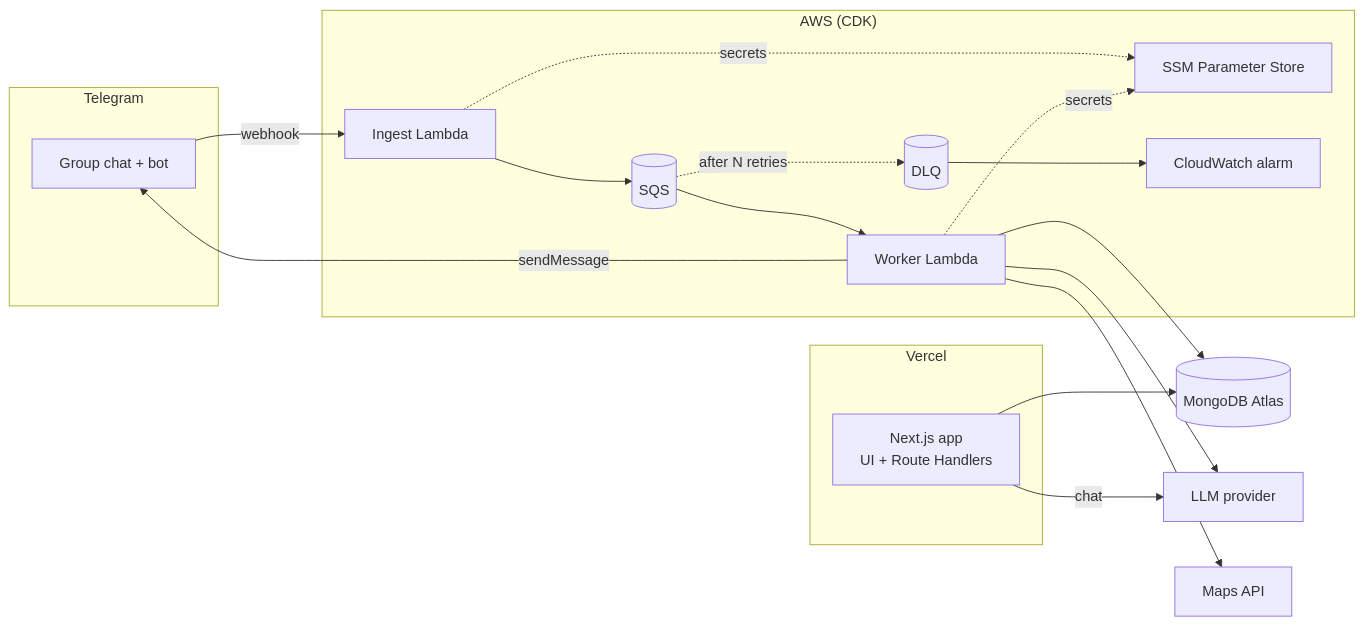
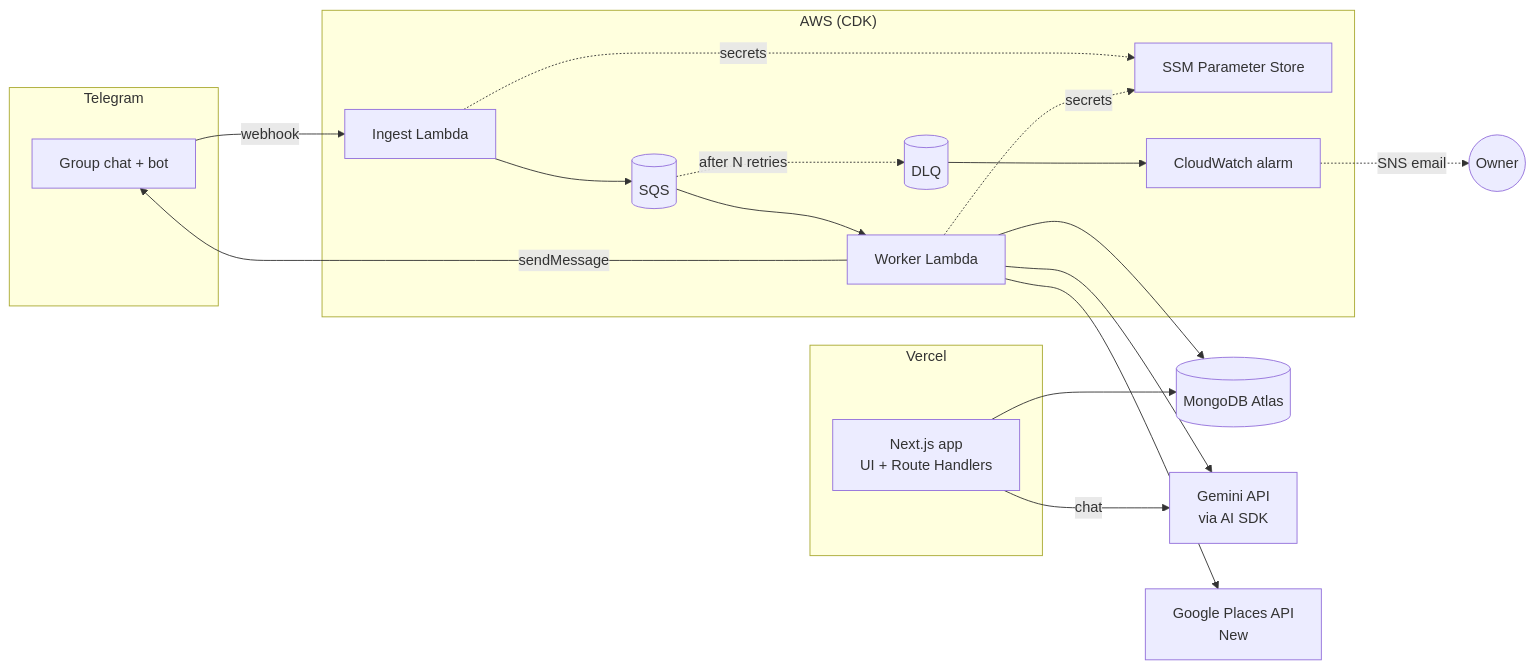
One commit to btrongtin/angiday changed the first of 3 diagrams in docs/architecture.md. Above: the diagram before and after it, drawn with Mermaid. The commit also changed other lines of this file and 12 other files, not shown here.

````diff
--- a/docs/architecture.md
+++ b/docs/architecture.md
@@ -7,33 +7,34 @@
 ```mermaid
 flowchart LR
   subgraph Telegram
     TG[Group chat + bot]
   end
 
   subgraph AWS["AWS (CDK)"]
     IL[Ingest Lambda]
     Q[(SQS)]
     DLQ[(DLQ)]
     WL[Worker Lambda]
     SSM[SSM Parameter Store]
     CW[CloudWatch alarm]
   end
 
   subgraph Vercel
     WEB[Next.js app<br/>UI + Route Handlers]
   end
 
   DB[(MongoDB Atlas)]
-  LLM[LLM provider]
-  MAPS[Maps API]
+  LLM[Gemini API<br/>via AI SDK]
+  MAPS[Google Places API<br/>New]
 
   TG -->|webhook| IL --> Q --> WL
   Q -.after N retries.-> DLQ --> CW
   WL --> MAPS
   WL --> LLM
   WL --> DB
   WL -->|sendMessage| TG
   WEB --> DB
   WEB -->|chat| LLM
   IL & WL -.secrets.-> SSM
+  CW -.SNS email.-> OWNER((Owner))
 ```
````
